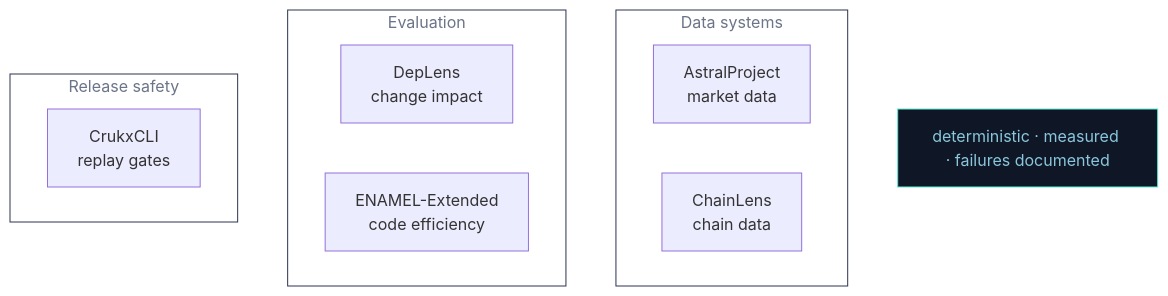
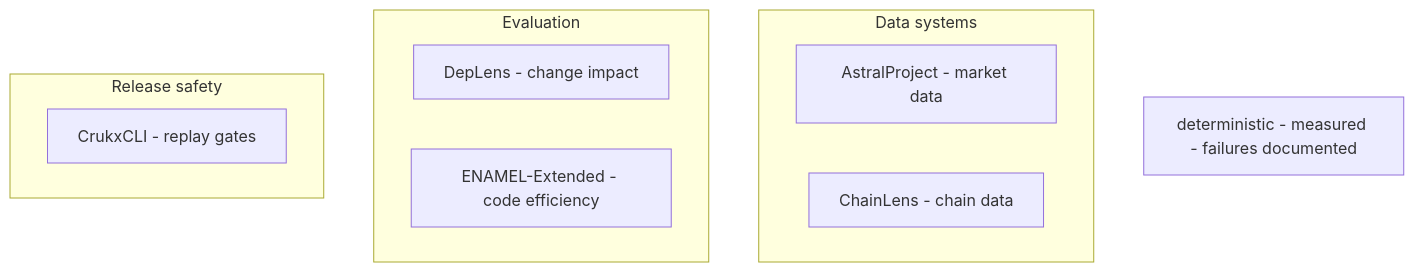
Before and after one commit to VarunGore36/VarunGore36: the first of 7 diagrams in README.md, drawn with Mermaid. The commit also changed other lines of this file, not shown here.

Commit message:
Fix mermaid render, icon-only stack groups

````diff
--- a/README.md
+++ b/README.md
@@ -21,19 +21,15 @@
 ```mermaid
 flowchart TB
-    subgraph DATA["Data systems"]
-        A[AstralProject<br/>market data]
-        B[ChainLens<br/>chain data]
+    subgraph data["Data systems"]
+        a1["AstralProject - market data"]
+        a2["ChainLens - chain data"]
     end
-    subgraph EVAL["Evaluation"]
-        C[DepLens<br/>change impact]
-        D[ENAMEL-Extended<br/>code efficiency]
+    subgraph eval["Evaluation"]
+        b1["DepLens - change impact"]
+        b2["ENAMEL-Extended - code efficiency"]
     end
-    subgraph REL["Release safety"]
-        E[CrukxCLI<br/>replay gates]
+    subgraph rel["Release safety"]
+        c1["CrukxCLI - replay gates"]
     end
-    S[deterministic · measured · failures documented]
-    style S fill:#0f1626,stroke:#5eead4,color:#8ac7db
-    style DATA fill:transparent,stroke:#2a3350,color:#6b7488
-    style EVAL fill:transparent,stroke:#2a3350,color:#6b7488
-    style REL fill:transparent,stroke:#2a3350,color:#6b7488
+    s["deterministic - measured - failures documented"]
 ```
````
